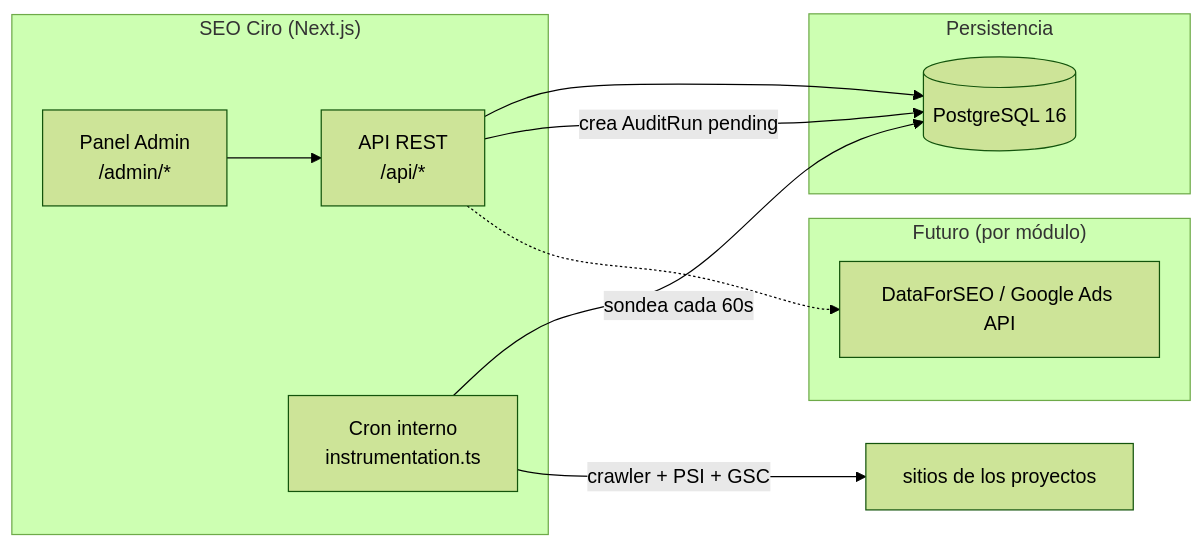
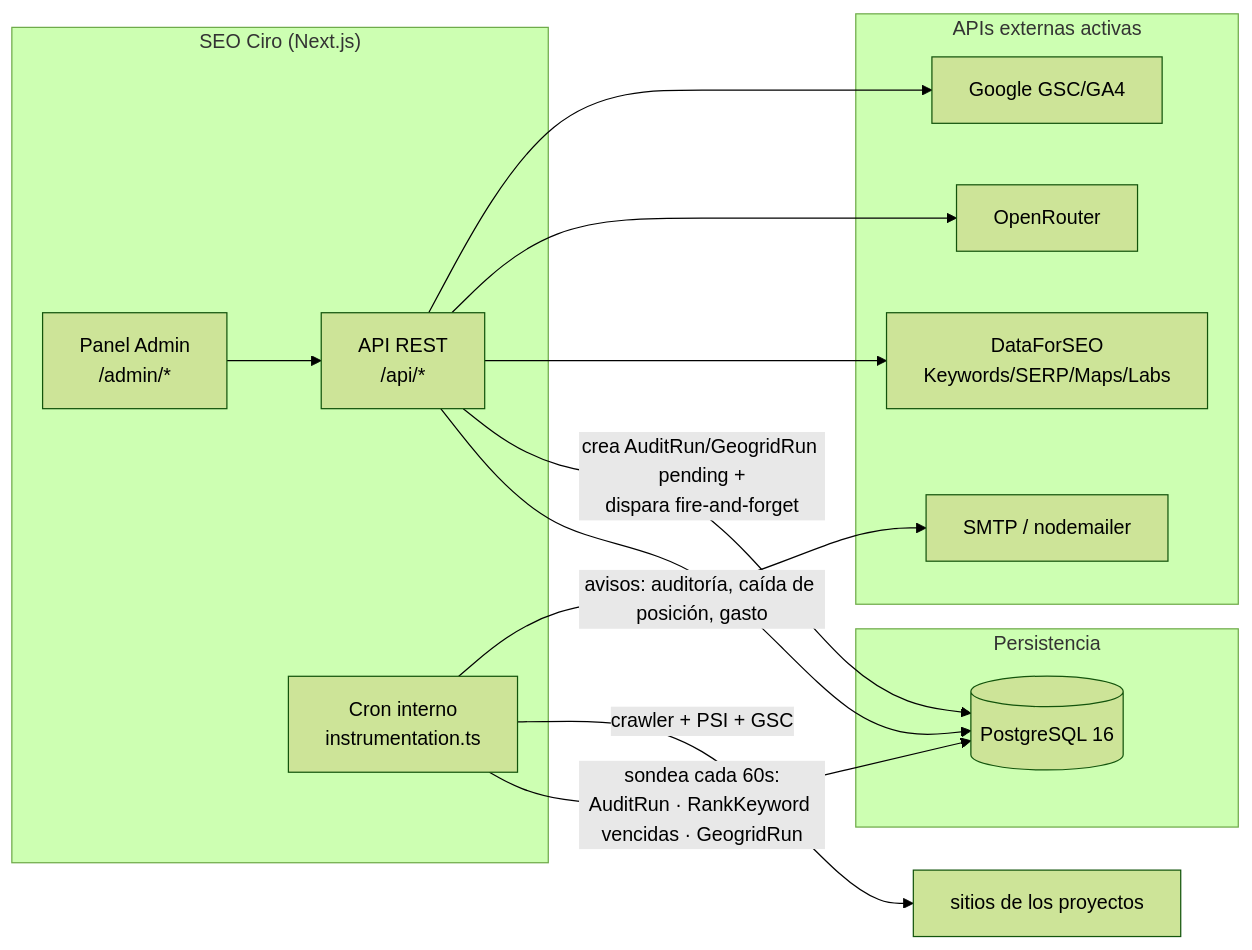
One commit to OmarPumariega/seo-ciro changed the diagram in docs/02-arquitectura.md. Above: the diagram before and after it, drawn with Mermaid (forest theme). The commit also changed other lines of this file and 2 other files, not shown here.

````diff
--- a/docs/02-arquitectura.md
+++ b/docs/02-arquitectura.md
@@ -11,23 +11,29 @@
 ```mermaid
 flowchart LR
     subgraph "SEO Ciro (Next.js)"
         ADM[Panel Admin<br/>/admin/*]
         API[API REST<br/>/api/*]
         CRON[Cron interno<br/>instrumentation.ts]
     end
 
     subgraph "Persistencia"
         DB[(PostgreSQL 16)]
     end
 
-    subgraph "Futuro (por módulo)"
-        EXT[DataForSEO / Google Ads API]
+    subgraph "APIs externas activas"
+        EXT[DataForSEO<br/>Keywords/SERP/Maps/Labs]
+        LLM[OpenRouter]
+        GOO[Google GSC/GA4]
+        SMTP[SMTP / nodemailer]
     end
 
     ADM --> API
     API --> DB
-    API -->|crea AuditRun pending| DB
-    CRON -->|sondea cada 60s| DB
+    API -->|crea AuditRun/GeogridRun pending +<br/>dispara fire-and-forget| DB
+    CRON -->|sondea cada 60s:<br/>AuditRun · RankKeyword vencidas · GeogridRun| DB
     CRON -->|crawler + PSI + GSC| WEB[sitios de los proyectos]
-    API -.-> EXT
+    CRON -->|avisos: auditoría, caída de posición, gasto| SMTP
+    API --> EXT
+    API --> LLM
+    API --> GOO
 ```
````
